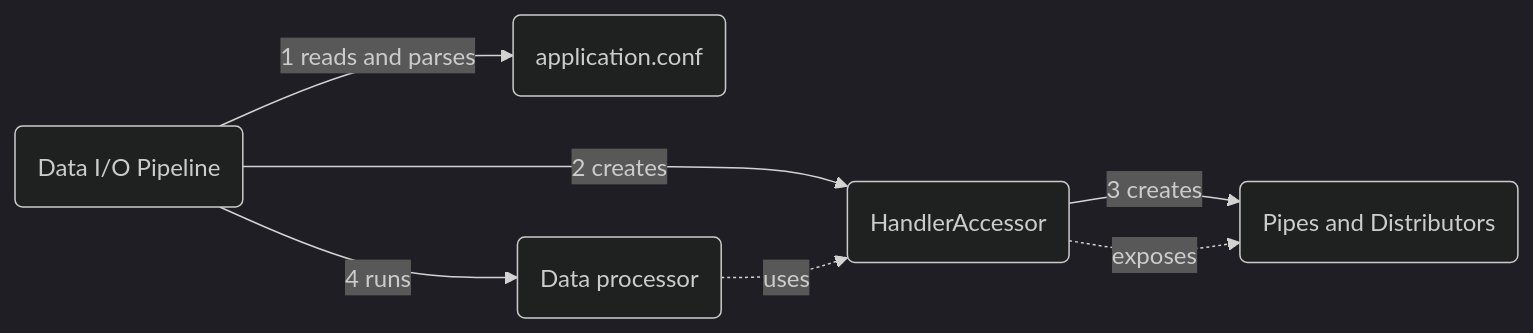
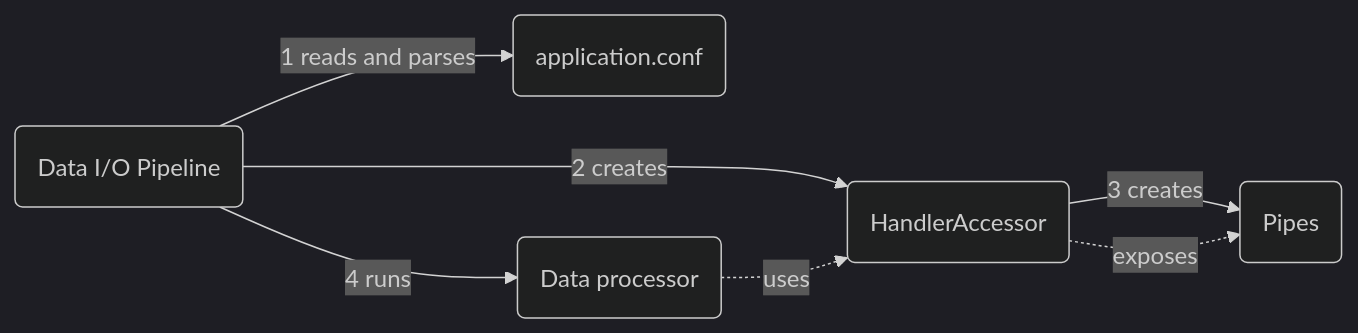
One commit to AmadeusITGroup/dataio-framework changed the diagram in docs/content/main-concepts.md. Above: the diagram before and after it, drawn with Mermaid (dark theme). The commit also changed other lines of this file, not shown here.

````diff
--- a/docs/content/main-concepts.md
+++ b/docs/content/main-concepts.md
@@ -81,18 +96,18 @@
 ```mermaid
 flowchart LR
 conf(application.conf)
 pipeline(Data I/O Pipeline)
 pipeline-->|1 reads and parses|conf
 
 accessor(HandlerAccessor)
 pipeline-->|2 creates|accessor
 
-pipes(Pipes and Distributors)
+pipes(Pipes)
 accessor-->|3 creates|pipes
 accessor-. exposes .->pipes
 
 processor(Data processor)
 pipeline-->|4 runs|processor
 processor-. uses .->accessor
 
 ```
````
